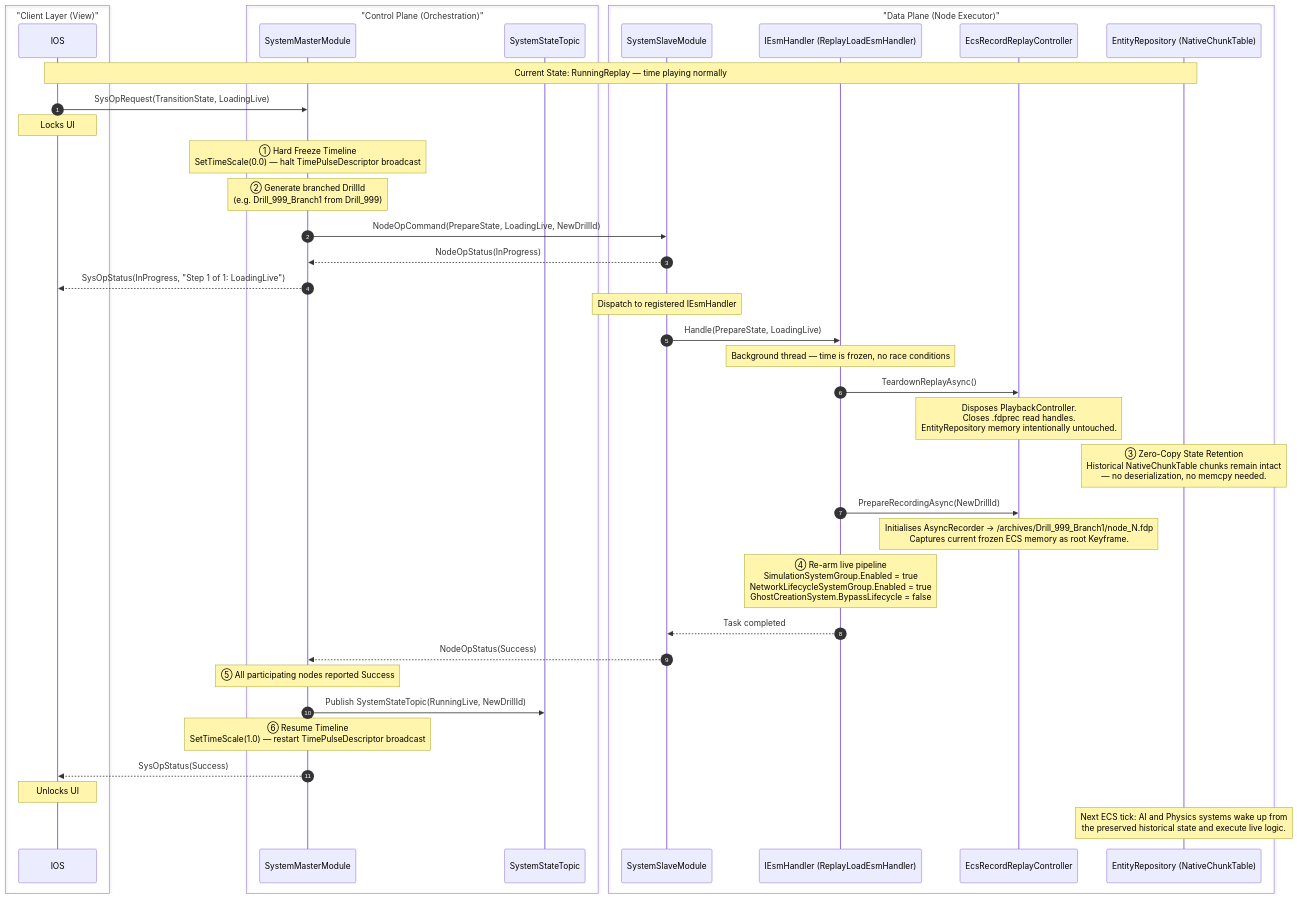
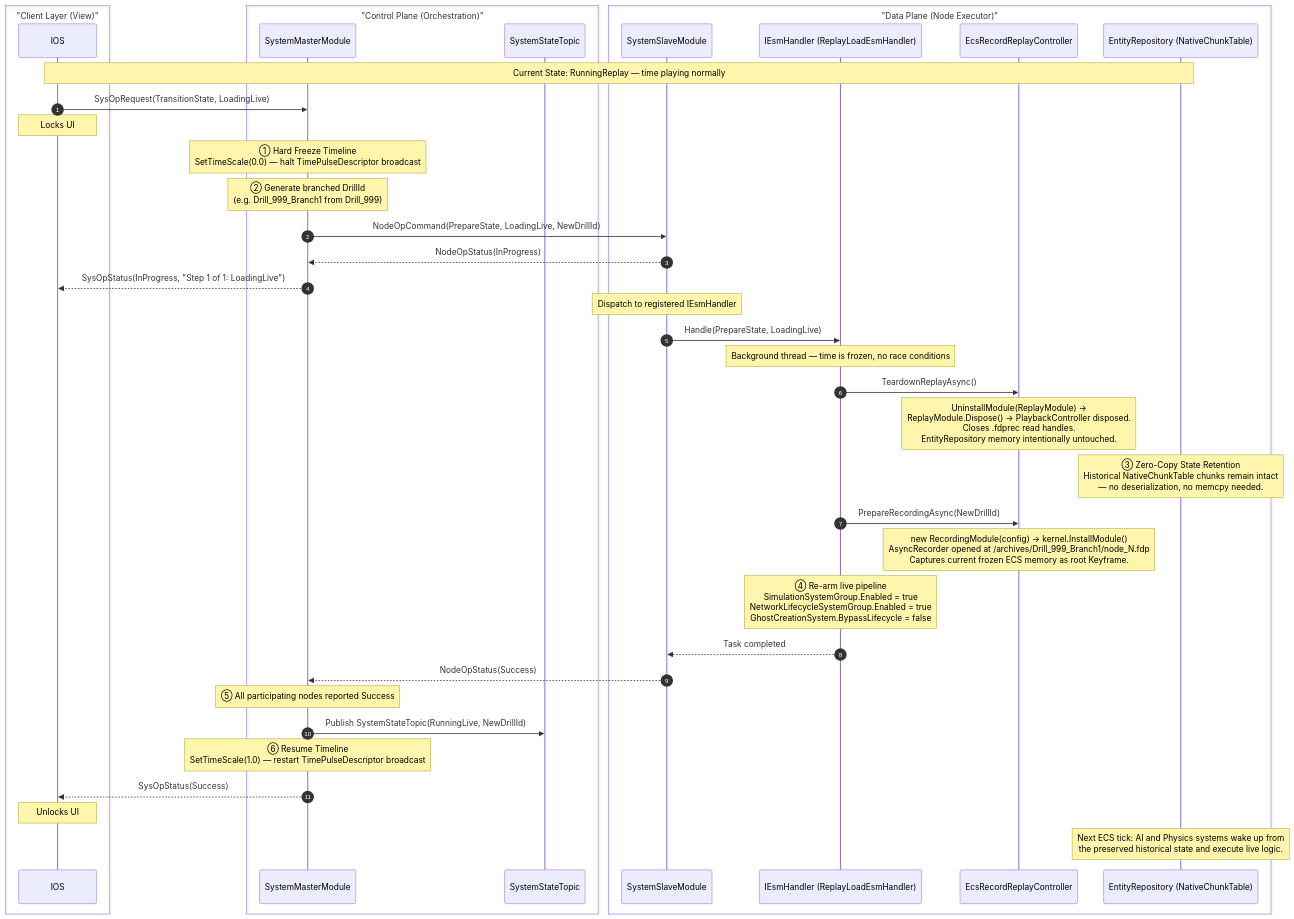
One commit to pjanec/HROT changed the fourth of 11 diagrams in docs/rec-plb-mgmt/DESIGN.md. Above: the diagram before and after it, drawn with Mermaid. The commit also changed other lines of this file and 1 other file, not shown here.

````diff
--- a/docs/rec-plb-mgmt/DESIGN.md
+++ b/docs/rec-plb-mgmt/DESIGN.md
@@ -1742,62 +1812,62 @@
 ```mermaid
 sequenceDiagram
     autonumber
 
     box "Client Layer (View)"
         participant IOS
     end
 
     box "Control Plane (Orchestration)"
         participant Master as SystemMasterModule
         participant Topic as SystemStateTopic
     end
 
     box "Data Plane (Node Executor)"
         participant Slave as SystemSlaveModule
         participant Handler as IEsmHandler (ReplayLoadEsmHandler)
         participant Controller as EcsRecordReplayController
         participant ECS as EntityRepository (NativeChunkTable)
     end
 
     Note over IOS, ECS: Current State: RunningReplay — time playing normally
 
     IOS->>Master: SysOpRequest(TransitionState, LoadingLive)
     Note over IOS: Locks UI
 
     Note over Master: ① Hard Freeze Timeline<br/>SetTimeScale(0.0) — halt TimePulseDescriptor broadcast
 
     Note over Master: ② Generate branched DrillId<br/>(e.g. Drill_999_Branch1 from Drill_999)
 
     Master->>Slave: NodeOpCommand(PrepareState, LoadingLive, NewDrillId)
     Slave-->>Master: NodeOpStatus(InProgress)
     Master-->>IOS: SysOpStatus(InProgress, "Step 1 of 1: LoadingLive")
 
     Note over Slave: Dispatch to registered IEsmHandler
     Slave->>Handler: Handle(PrepareState, LoadingLive)
 
     Note over Handler: Background thread — time is frozen, no race conditions
 
     Handler->>Controller: TeardownReplayAsync()
-    Note over Controller: Disposes PlaybackController.<br/>Closes .fdprec read handles.<br/>EntityRepository memory intentionally untouched.
+    Note over Controller: UninstallModule(ReplayModule) →<br/>ReplayModule.Dispose() → PlaybackController disposed.<br/>Closes .fdprec read handles.<br/>EntityRepository memory intentionally untouched.
 
     Note over ECS: ③ Zero-Copy State Retention<br/>Historical NativeChunkTable chunks remain intact<br/>— no deserialization, no memcpy needed.
 
     Handler->>Controller: PrepareRecordingAsync(NewDrillId)
-    Note over Controller: Initialises AsyncRecorder → /archives/Drill_999_Branch1/node_N.fdp<br/>Captures current frozen ECS memory as root Keyframe.
+    Note over Controller: new RecordingModule(config) → kernel.InstallModule()<br/>AsyncRecorder opened at /archives/Drill_999_Branch1/node_N.fdp<br/>Captures current frozen ECS memory as root Keyframe.
 
     Note over Handler: ④ Re-arm live pipeline<br/>SimulationSystemGroup.Enabled = true<br/>NetworkLifecycleSystemGroup.Enabled = true<br/>GhostCreationSystem.BypassLifecycle = false
 
     Handler-->>Slave: Task completed
     Slave-->>Master: NodeOpStatus(Success)
 
     Note over Master: ⑤ All participating nodes reported Success
 
     Master->>Topic: Publish SystemStateTopic(RunningLive, NewDrillId)
 
     Note over Master: ⑥ Resume Timeline<br/>SetTimeScale(1.0) — restart TimePulseDescriptor broadcast
 
     Master-->>IOS: SysOpStatus(Success)
     Note over IOS: Unlocks UI
 
     Note over ECS: Next ECS tick: AI and Physics systems wake up from<br/>the preserved historical state and execute live logic.
 ```
````
